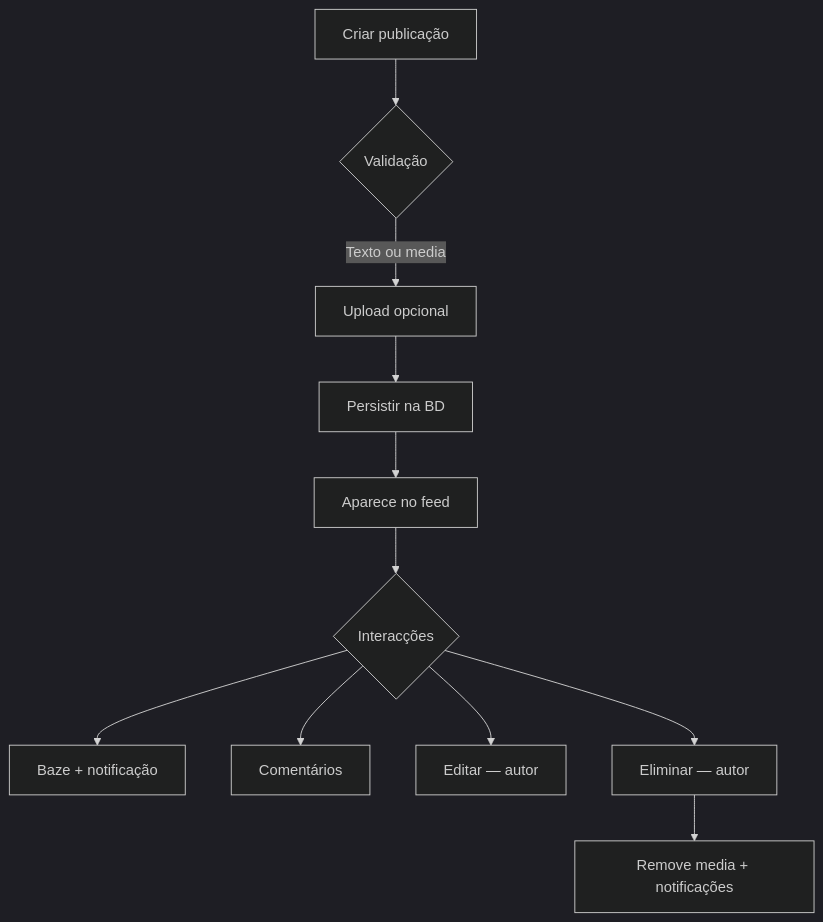
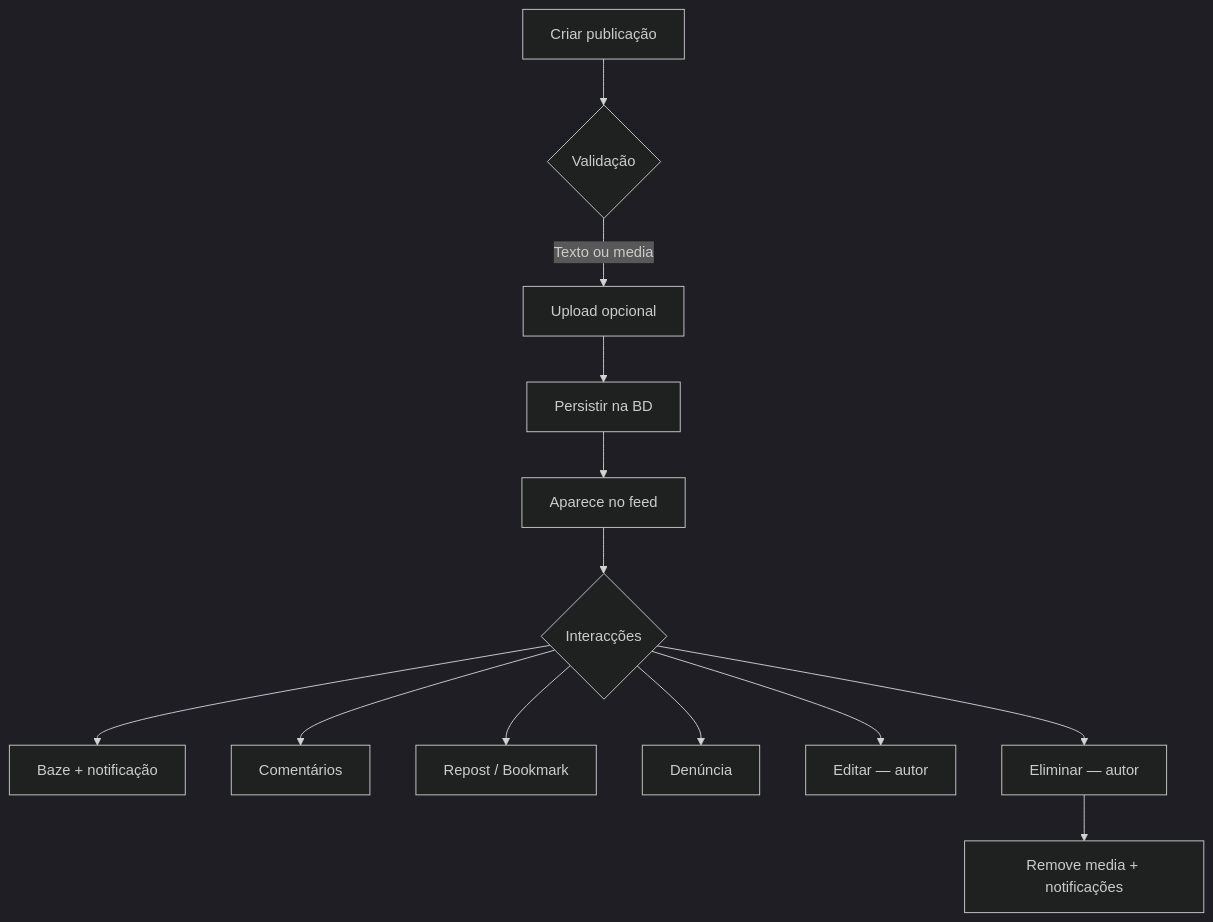
Before and after one commit to KazenWilver/nzolanet: the tenth of 13 diagrams in README.md, drawn with Mermaid (dark theme). The commit also changed other lines of this file, not shown here.

````diff
--- a/README.md
+++ b/README.md
@@ -365,13 +564,15 @@
 ```mermaid
 flowchart TD
     A[Criar publicação] --> B{Validação}
     B -->|Texto ou media| C[Upload opcional]
     C --> D[Persistir na BD]
     D --> E[Aparece no feed]
     E --> F{Interacções}
     F --> G[Baze + notificação]
     F --> H[Comentários]
-    F --> I[Editar — autor]
-    F --> J[Eliminar — autor]
-    J --> K[Remove media + notificações]
+    F --> I[Repost / Bookmark]
+    F --> J[Denúncia]
+    F --> K[Editar — autor]
+    F --> L[Eliminar — autor]
+    L --> M[Remove media + notificações]
 ```
````
